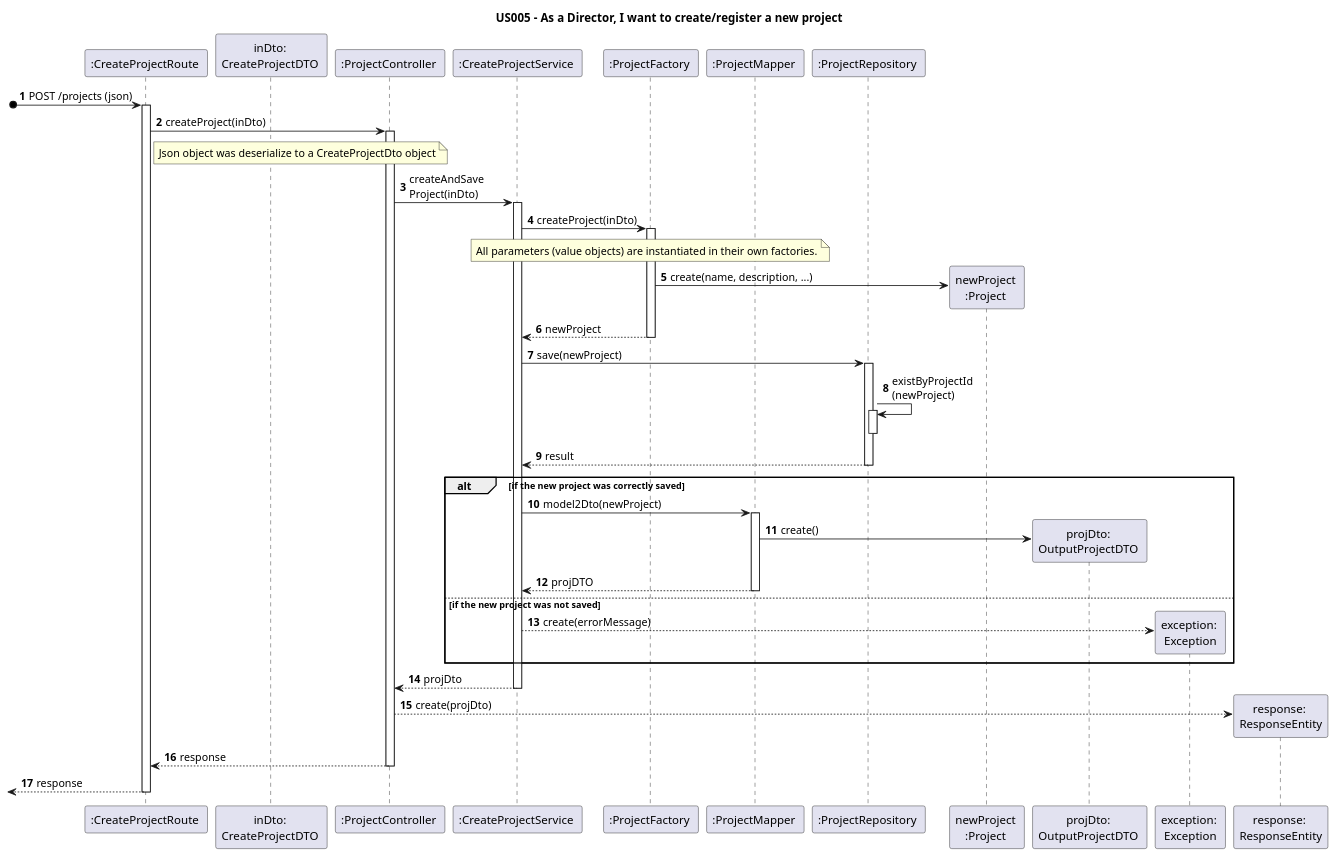
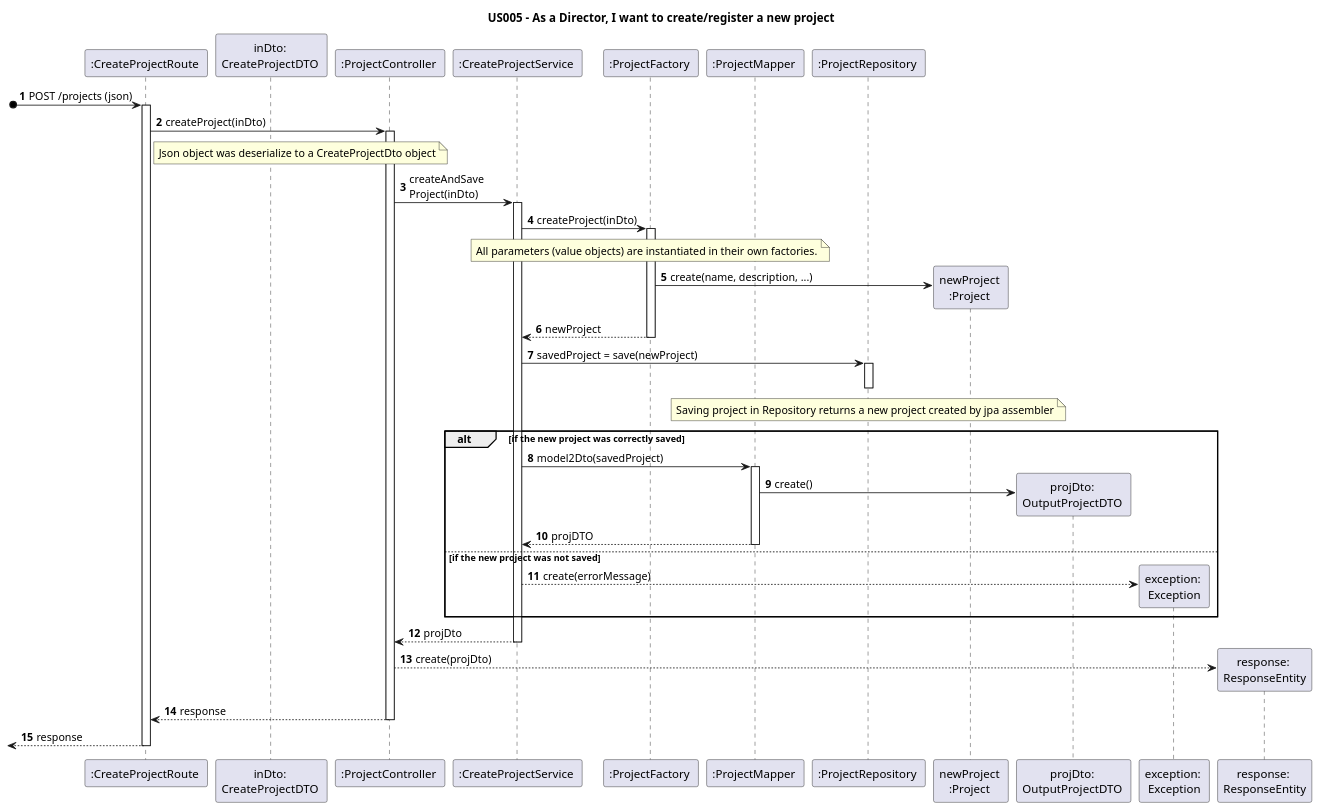
Before and after one commit to nunogon1211787/projectManagement: the diagram in docs/Sprint1/US005/US005-SD.puml, drawn with PlantUML. The commit also changed 7 other files, not shown here.

```diff
--- a/docs/Sprint1/US005/US005-SD.puml
+++ b/docs/Sprint1/US005/US005-SD.puml
@@ -1,67 +1,66 @@
 @startuml
 'https://plantuml.com/class-diagram
 
 title US005 - As a Director, I want to create/register a new project
 
 autoactivate on
 autonumber
 
 
 participant ":CreateProjectRoute " as route
 participant "inDto: \nCreateProjectDTO " as inDto
 participant ":ProjectController " as controller
 participant ":CreateProjectService " as service
 participant ":ProjectFactory " as factory
 participant ":ProjectMapper " as mapper
 participant ":ProjectRepository " as store
 participant "newProject \n:Project " as project
 participant "projDto: \nOutputProjectDTO " as dto
 participant "exception: \nException" as exc
 participant "response: \nResponseEntity" as json
 
 
 
 [o->  route: POST /projects (json)
 route -> controller: createProject(inDto)
 
 note right route: Json object was deserialize to a CreateProjectDto object
 
 controller -> service: createAndSave\nProject(inDto)
 
 service -> factory: createProject(inDto)
 
 note over factory : All parameters (value objects) are instantiated in their own factories.
 
 factory -> project**: create(name, description, ...)
 
 factory --> service: newProject
 
-service -> store: save(newProject)
-store -> store: existByProjectId\n(newProject)
+service -> store: savedProject = save(newProject)
+note over store : Saving project in Repository returns a new project created by jpa assembler
+
 deactivate store
-
-store --> service: result
 
 alt if the new project was correctly saved
 
-service -> mapper: model2Dto(newProject)
+service -> mapper: model2Dto(savedProject)
 
 mapper -> dto**: create()
 
 mapper --> service: projDTO
 
 else if the new project was not saved
 
 service --> exc** : create(errorMessage)
 
 end
 
 service --> controller: projDto
 
 controller --> json**: create(projDto)
 
 controller --> route: response
 
 [<-- route: response
 
 @enduml
```
